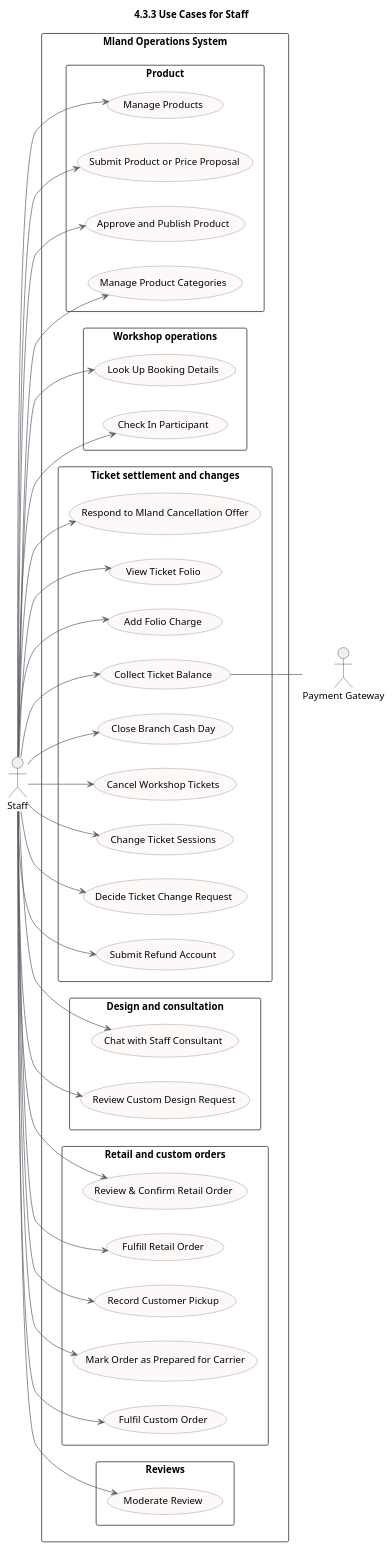
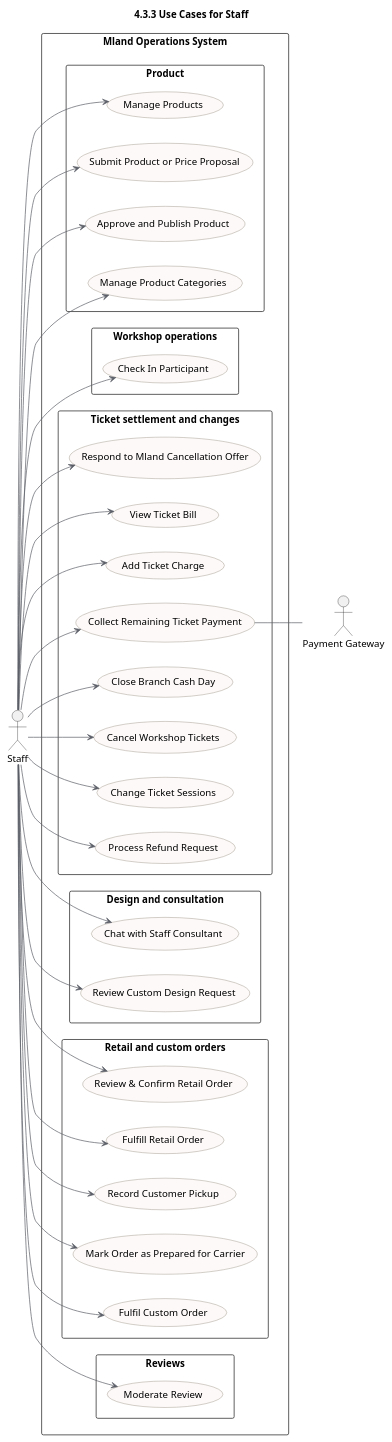
The diagram in documents/docs/report-3-software-requirement-specification/assets/diagrams/use-cases/04-staff-only.puml (quoc-ca/mland-operations-hub), drawn with PlantUML before and after one commit. The commit also changed 53 other files, not shown here.

```diff
--- a/documents/docs/report-3-software-requirement-specification/assets/diagrams/use-cases/04-staff-only.puml
+++ b/documents/docs/report-3-software-requirement-specification/assets/diagrams/use-cases/04-staff-only.puml
@@ -1,79 +1,75 @@
 @startuml
 !pragma charset UTF-8
 title 4.3.3 Use Cases for Staff
 left to right direction
 skinparam shadowing false
 skinparam packageStyle rectangle
 skinparam usecase {
   BackgroundColor #FCF9F8
   BorderColor #807663
   ArrowColor #5B5E67
 }
 
 actor Staff
 actor "Payment Gateway" as PaymentGateway
 
 rectangle "Mland Operations System" {
   package "Product" {
     usecase "Manage Products" as UC12
     usecase "Submit Product or Price Proposal" as UC14
     usecase "Approve and Publish Product" as UC15
     usecase "Manage Product Categories" as UC18
   }
   package "Workshop operations" {
-    usecase "Look Up Booking Details" as UC23
     usecase "Check In Participant" as UC24
   }
   package "Ticket settlement and changes" {
     usecase "Respond to Mland Cancellation Offer" as UC88
-    usecase "View Ticket Folio" as UC77
-    usecase "Add Folio Charge" as UC78
-    usecase "Collect Ticket Balance" as UC79
+    usecase "View Ticket Bill" as UC77
+    usecase "Add Ticket Charge" as UC78
+    usecase "Collect Remaining Ticket Payment" as UC79
     usecase "Close Branch Cash Day" as UC83
     usecase "Cancel Workshop Tickets" as UC84
     usecase "Change Ticket Sessions" as UC85
-    usecase "Decide Ticket Change Request" as UC86
-    usecase "Submit Refund Account" as UC89
+    usecase "Process Refund Request" as UC90
   }
   package "Design and consultation" {
     usecase "Chat with Staff Consultant" as UC38
     usecase "Review Custom Design Request" as UC40
   }
   package "Retail and custom orders" {
     usecase "Review & Confirm Retail Order" as UC58
     usecase "Fulfill Retail Order" as UC59
     usecase "Record Customer Pickup" as UC60
     usecase "Mark Order as Prepared for Carrier" as UC61
     usecase "Fulfil Custom Order" as UC73
   }
   package "Reviews" {
     usecase "Moderate Review" as UC76
   }
 }
 
 Staff --> UC12
 Staff --> UC14
 Staff --> UC15
 Staff --> UC18
-Staff --> UC23
 Staff --> UC24
 Staff --> UC77
 Staff --> UC88
 Staff --> UC78
 Staff --> UC79
 Staff --> UC83
 Staff --> UC84
 Staff --> UC85
-Staff --> UC86
-Staff --> UC89
+Staff --> UC90
 Staff --> UC38
 Staff --> UC40
 Staff --> UC58
 Staff --> UC59
 Staff --> UC60
 Staff --> UC61
 Staff --> UC73
 Staff --> UC76
 
 UC79 -- PaymentGateway
 @enduml
```
